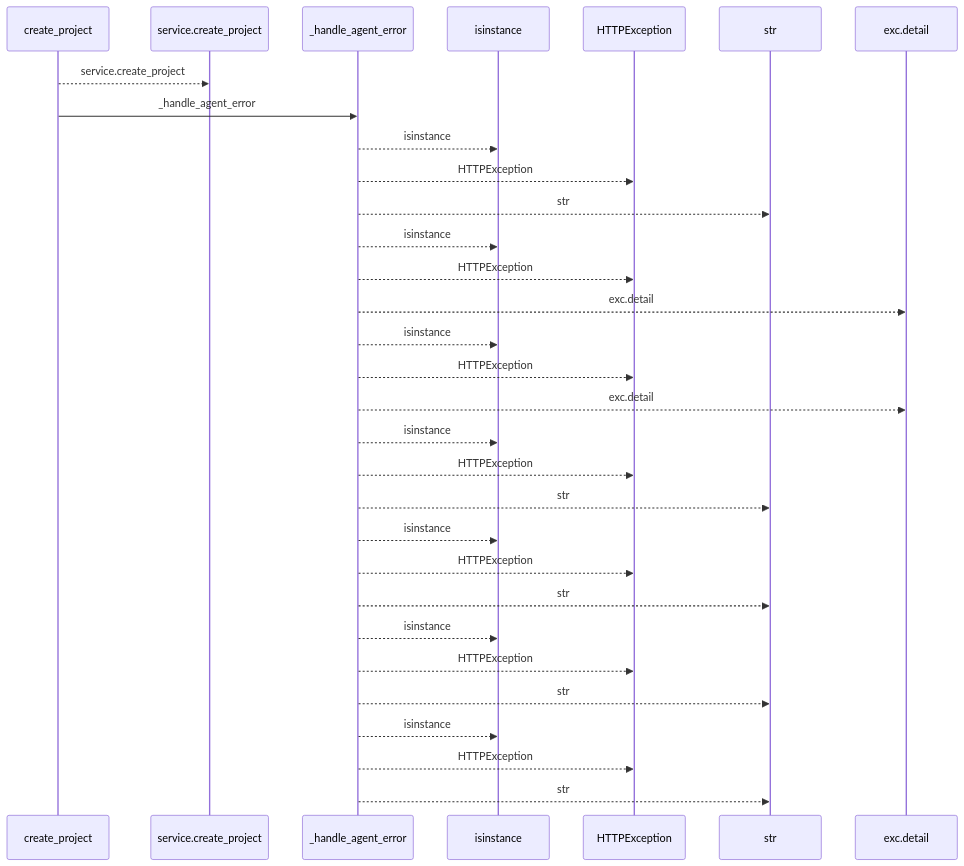
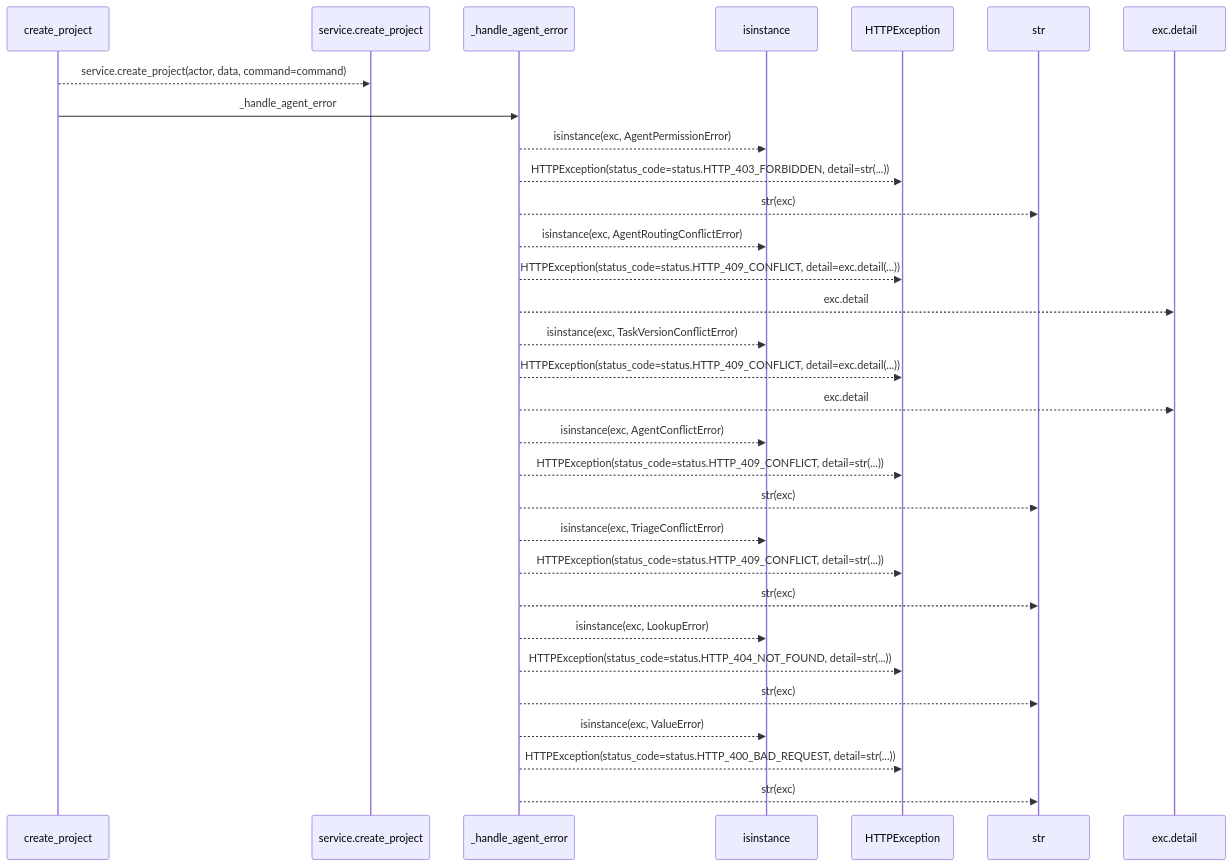
The first of 2 diagrams in docs/llm_wiki/flows/http-create_project-agent_planning.md (Denissvgn/WorkChord), drawn with Mermaid before and after one commit. The commit also changed other lines of this file and 25171 other files, not shown here.

````diff
--- a/docs/llm_wiki/flows/http-create_project-agent_planning.md
+++ b/docs/llm_wiki/flows/http-create_project-agent_planning.md
@@ -10,33 +12,33 @@
 ```mermaid
 sequenceDiagram
     participant p0 as create_project
     participant p1 as service.create_project
     participant p2 as _handle_agent_error
     participant p3 as isinstance
     participant p4 as HTTPException
     participant p5 as str
     participant p6 as exc.detail
-    p0-->>p1: service.create_project
+    p0-->>p1: service.create_project(actor, data, command=command)
     p0->>p2: _handle_agent_error
-    p2-->>p3: isinstance
-    p2-->>p4: HTTPException
-    p2-->>p5: str
-    p2-->>p3: isinstance
-    p2-->>p4: HTTPException
+    p2-->>p3: isinstance(exc, AgentPermissionError)
+    p2-->>p4: HTTPException(status_code=status.HTTP_403_FORBIDDEN, detail=str(...))
+    p2-->>p5: str(exc)
+    p2-->>p3: isinstance(exc, AgentRoutingConflictError)
+    p2-->>p4: HTTPException(status_code=status.HTTP_409_CONFLICT, detail=exc.detail(...))
     p2-->>p6: exc.detail
-    p2-->>p3: isinstance
-    p2-->>p4: HTTPException
+    p2-->>p3: isinstance(exc, TaskVersionConflictError)
+    p2-->>p4: HTTPException(status_code=status.HTTP_409_CONFLICT, detail=exc.detail(...))
     p2-->>p6: exc.detail
-    p2-->>p3: isinstance
-    p2-->>p4: HTTPException
-    p2-->>p5: str
-    p2-->>p3: isinstance
-    p2-->>p4: HTTPException
-    p2-->>p5: str
-    p2-->>p3: isinstance
-    p2-->>p4: HTTPException
-    p2-->>p5: str
-    p2-->>p3: isinstance
-    p2-->>p4: HTTPException
-    p2-->>p5: str
+    p2-->>p3: isinstance(exc, AgentConflictError)
+    p2-->>p4: HTTPException(status_code=status.HTTP_409_CONFLICT, detail=str(...))
+    p2-->>p5: str(exc)
+    p2-->>p3: isinstance(exc, TriageConflictError)
+    p2-->>p4: HTTPException(status_code=status.HTTP_409_CONFLICT, detail=str(...))
+    p2-->>p5: str(exc)
+    p2-->>p3: isinstance(exc, LookupError)
+    p2-->>p4: HTTPException(status_code=status.HTTP_404_NOT_FOUND, detail=str(...))
+    p2-->>p5: str(exc)
+    p2-->>p3: isinstance(exc, ValueError)
+    p2-->>p4: HTTPException(status_code=status.HTTP_400_BAD_REQUEST, detail=str(...))
+    p2-->>p5: str(exc)
 ```
````
